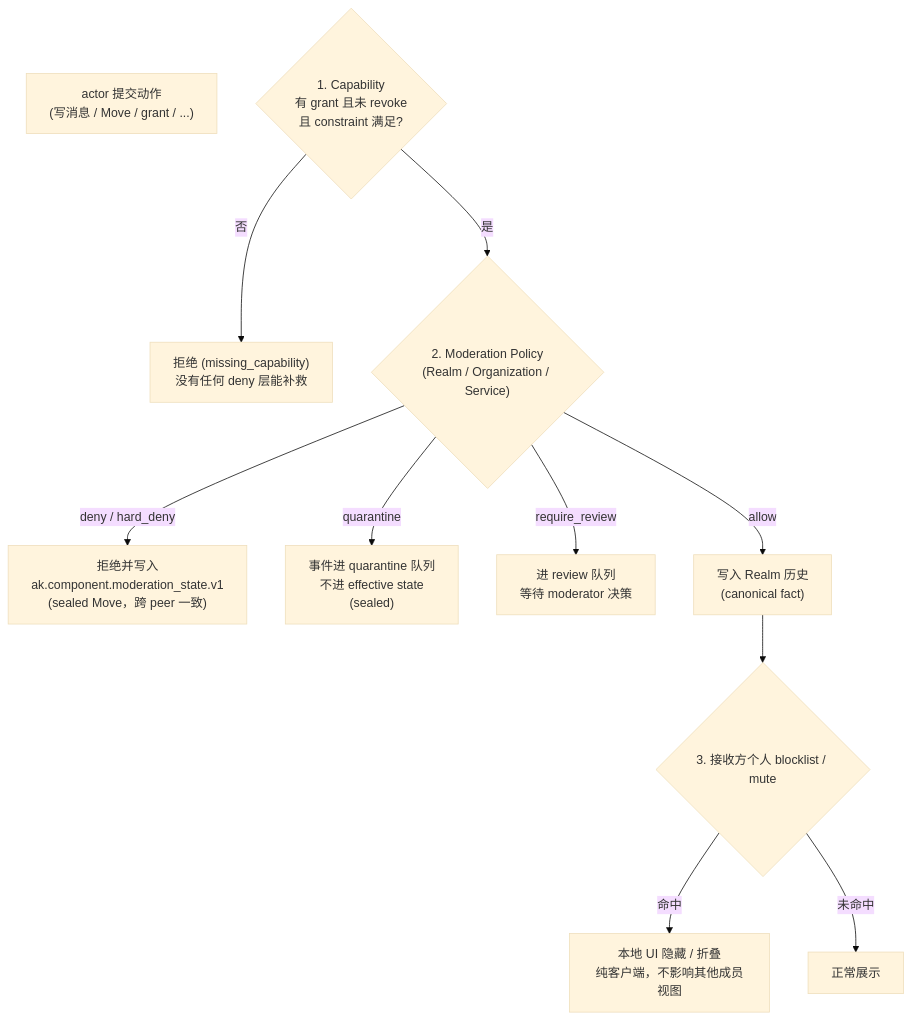
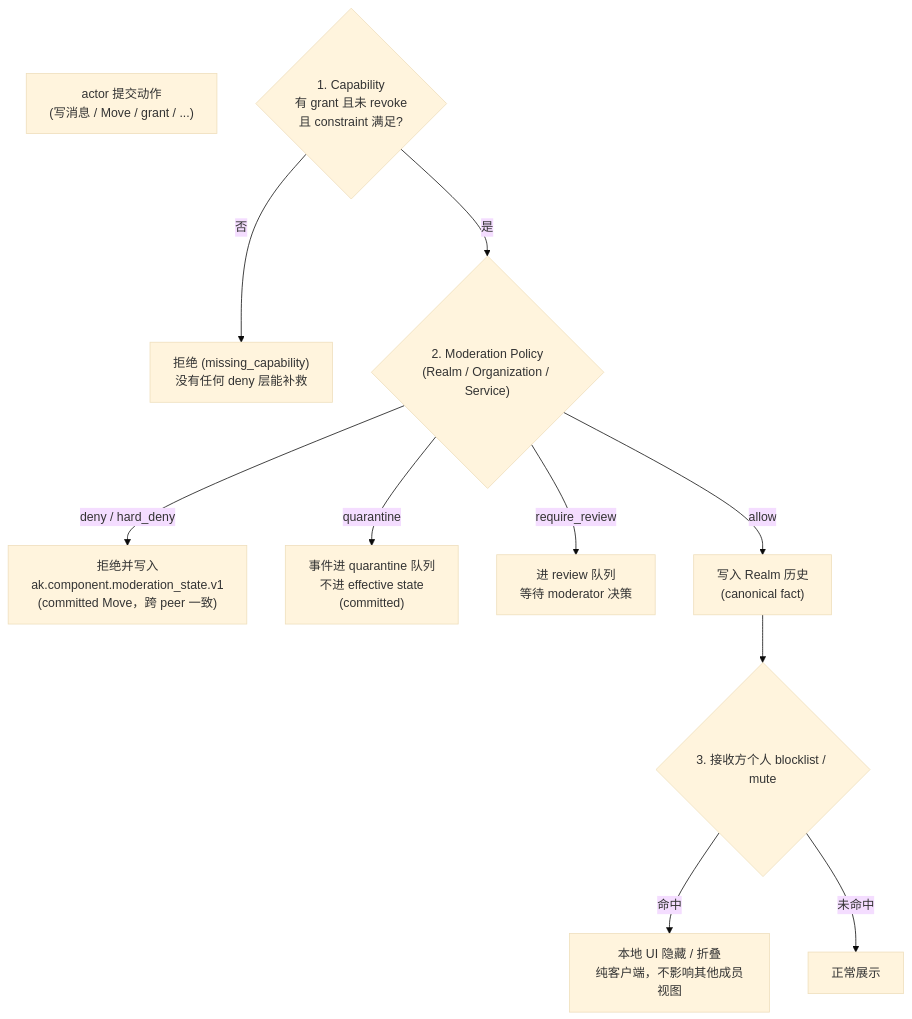
The diagram in spec/v1/zh/governance/content-moderation.md (arkret-org/arkret-spec), drawn with Mermaid (base theme) before and after one commit. The commit also changed other lines of this file and 240 other files, not shown here.

````diff
--- a/spec/v1/zh/governance/content-moderation.md
+++ b/spec/v1/zh/governance/content-moderation.md
@@ -53,17 +53,17 @@
 ```mermaid
 flowchart TB
     Action["actor 提交动作<br>(写消息 / Move / grant / ...)"]
 
     Cap{"1. Capability<br>有 grant 且未 revoke<br>且 constraint 满足?"}
     Cap -- "否" --> DenyCap["拒绝 (missing_capability)<br>没有任何 deny 层能补救"]
     Cap -- "是" --> Mod{"2. Moderation Policy<br>(Realm / Organization / Service)"}
 
-    Mod -- "deny / hard_deny" --> DenyMod["拒绝并写入<br>ak.component.moderation_state.v1<br>(sealed Move，跨 peer 一致)"]
-    Mod -- "quarantine" --> Quar["事件进 quarantine 队列<br>不进 effective state<br>(sealed)"]
+    Mod -- "deny / hard_deny" --> DenyMod["拒绝并写入<br>ak.component.moderation_state.v1<br>(committed Move，跨 peer 一致)"]
+    Mod -- "quarantine" --> Quar["事件进 quarantine 队列<br>不进 effective state<br>(committed)"]
     Mod -- "require_review" --> Rev["进 review 队列<br>等待 moderator 决策"]
     Mod -- "allow" --> Stored["写入 Realm 历史<br>(canonical fact)"]
 
     Stored --> View{"3. 接收方个人 blocklist / mute"}
     View -- "命中" --> Hidden["本地 UI 隐藏 / 折叠<br>纯客户端，不影响其他成员视图"]
     View -- "未命中" --> Show["正常展示"]
 ```
````
